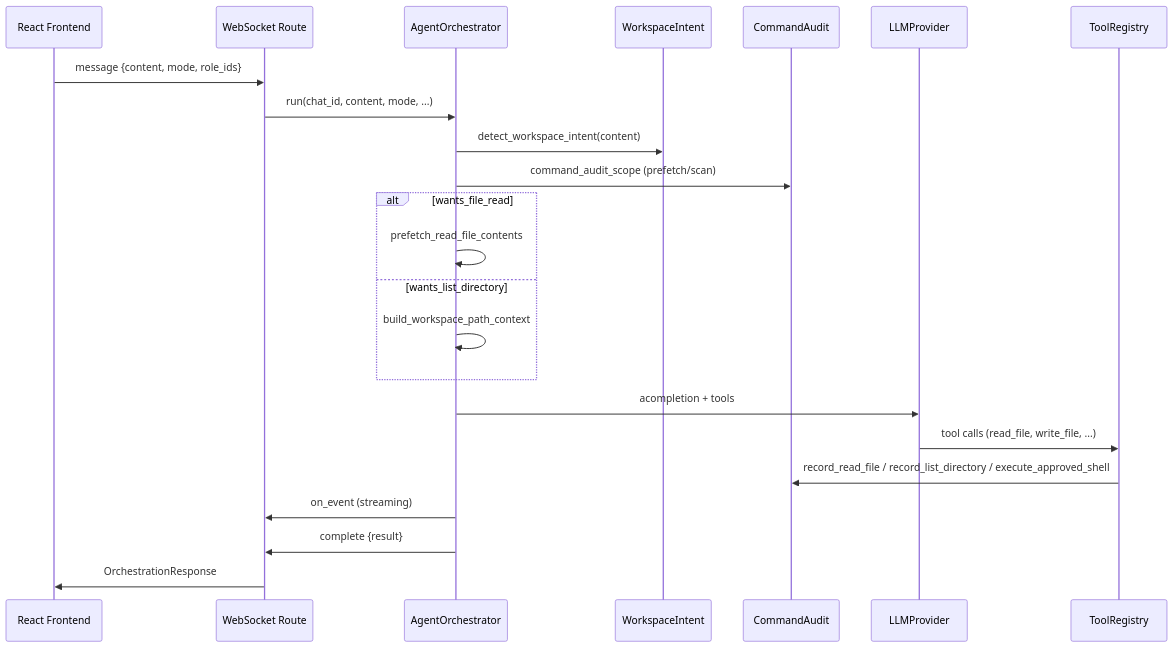
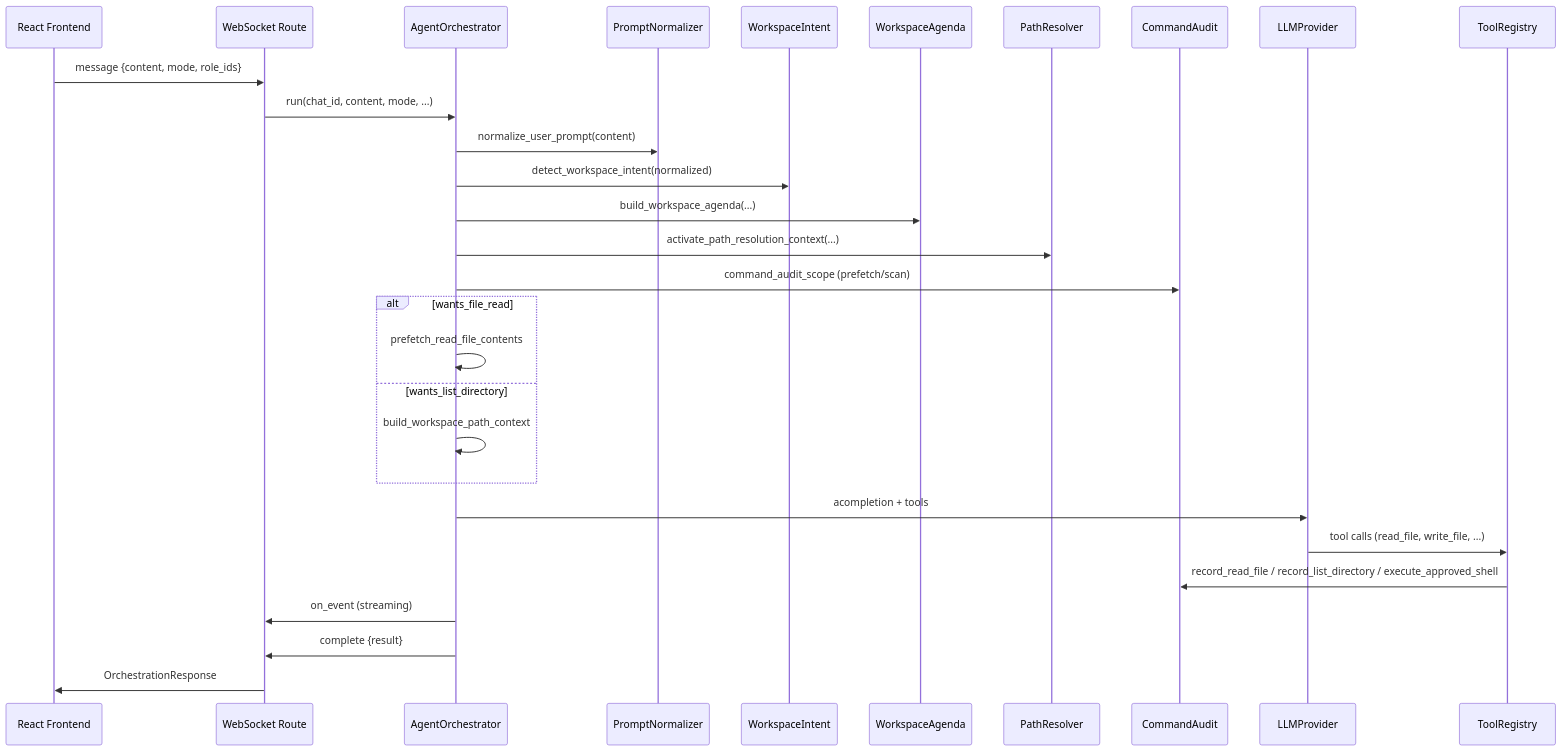
The diagram in frontend/public/docs/TECHNICAL_DOCUMENTATION.md (joruf/agent-forge), drawn with Mermaid before and after one commit. The commit also changed other lines of this file and 28 other files, not shown here.

````diff
--- a/frontend/public/docs/TECHNICAL_DOCUMENTATION.md
+++ b/frontend/public/docs/TECHNICAL_DOCUMENTATION.md
@@ -133,26 +140,32 @@
 ```mermaid
 sequenceDiagram
     participant UI as React Frontend
     participant WS as WebSocket Route
     participant OR as AgentOrchestrator
+    participant PN as PromptNormalizer
     participant WI as WorkspaceIntent
+    participant WA as WorkspaceAgenda
+    participant PR as PathResolver
     participant CA as CommandAudit
     participant LLM as LLMProvider
     participant TR as ToolRegistry
 
     UI->>WS: message {content, mode, role_ids}
     WS->>OR: run(chat_id, content, mode, ...)
-    OR->>WI: detect_workspace_intent(content)
+    OR->>PN: normalize_user_prompt(content)
+    OR->>WI: detect_workspace_intent(normalized)
+    OR->>WA: build_workspace_agenda(...)
+    OR->>PR: activate_path_resolution_context(...)
     OR->>CA: command_audit_scope (prefetch/scan)
     alt wants_file_read
         OR->>OR: prefetch_read_file_contents
     else wants_list_directory
         OR->>OR: build_workspace_path_context
     end
     OR->>LLM: acompletion + tools
     LLM->>TR: tool calls (read_file, write_file, ...)
     TR->>CA: record_read_file / record_list_directory / execute_approved_shell
     OR->>WS: on_event (streaming)
     OR->>WS: complete {result}
     WS->>UI: OrchestrationResponse
 ```
````
